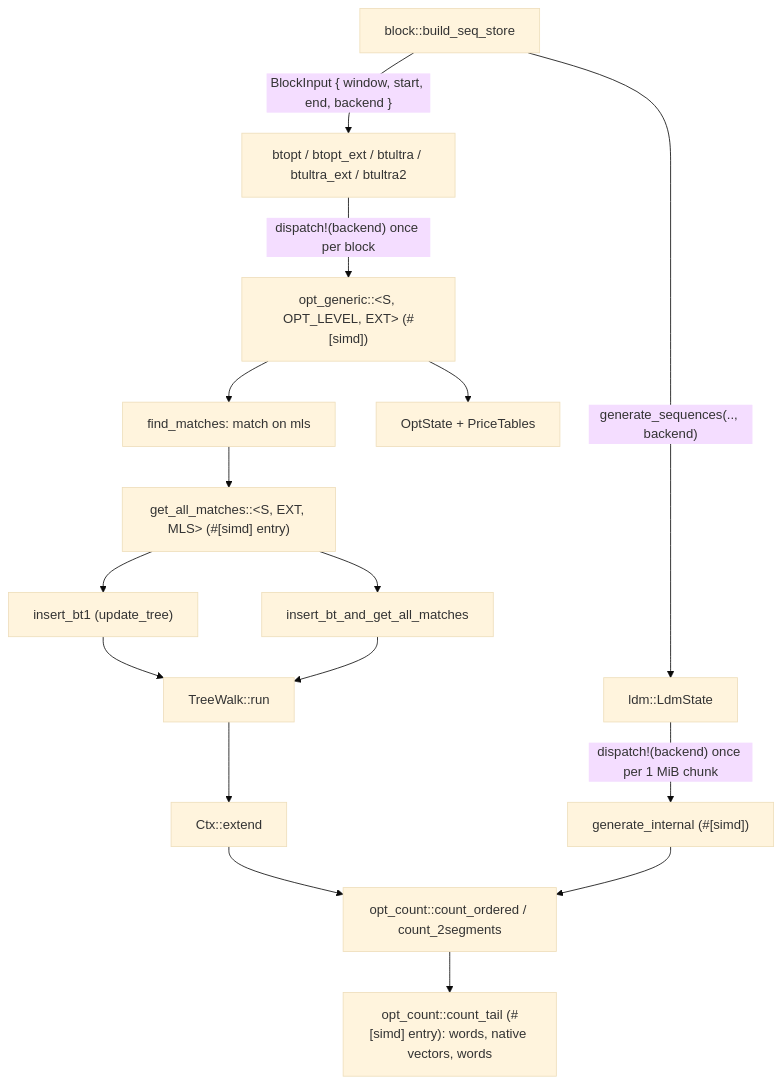
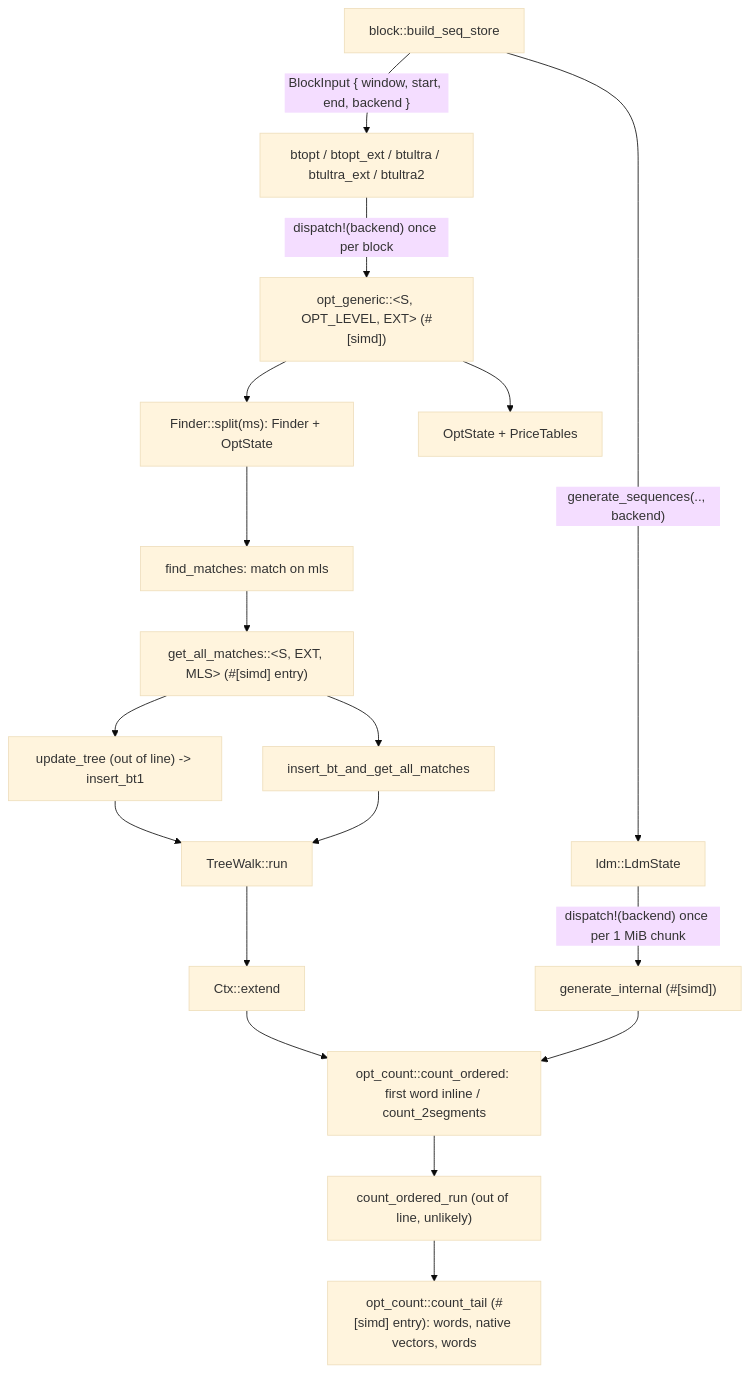
Before and after one commit to M-Compressors/mzstd: the first of 4 diagrams in architecture/optimal-parser.md, drawn with Mermaid (base theme). The commit also changed other lines of this file and 336 other files, not shown here.

````diff
--- a/architecture/optimal-parser.md
+++ b/architecture/optimal-parser.md
@@ -13,18 +13,20 @@
 ```mermaid
 graph TD
     Block["block::build_seq_store"] -->|"BlockInput { window, start, end, backend }"| Entry["btopt / btopt_ext / btultra / btultra_ext / btultra2"]
     Block -->|"generate_sequences(.., backend)"| Ldm["ldm::LdmState"]
     Entry -->|"dispatch!(backend) once per block"| Parser["opt_generic::&lt;S, OPT_LEVEL, EXT&gt; (#[simd])"]
-    Parser --> Find["find_matches: match on mls"]
+    Parser --> Split["Finder::split(ms): Finder + OptState"]
+    Split --> Find["find_matches: match on mls"]
     Find --> Gam["get_all_matches::&lt;S, EXT, MLS&gt; (#[simd] entry)"]
-    Gam --> Update["insert_bt1 (update_tree)"]
+    Gam --> Update["update_tree (out of line) -> insert_bt1"]
     Gam --> Search["insert_bt_and_get_all_matches"]
     Update --> Walk["TreeWalk::run"]
     Search --> Walk
     Walk --> Ctx["Ctx::extend"]
-    Ctx --> Count["opt_count::count_ordered / count_2segments"]
-    Count --> Tail["opt_count::count_tail (#[simd] entry): words, native vectors, words"]
+    Ctx --> Count["opt_count::count_ordered: first word inline / count_2segments"]
+    Count --> Run["count_ordered_run (out of line, unlikely)"]
+    Run --> Tail["opt_count::count_tail (#[simd] entry): words, native vectors, words"]
     Parser --> Prices["OptState + PriceTables"]
     Ldm -->|"dispatch!(backend) once per 1 MiB chunk"| Gen["generate_internal (#[simd])"]
     Gen --> Count
 ```
````
